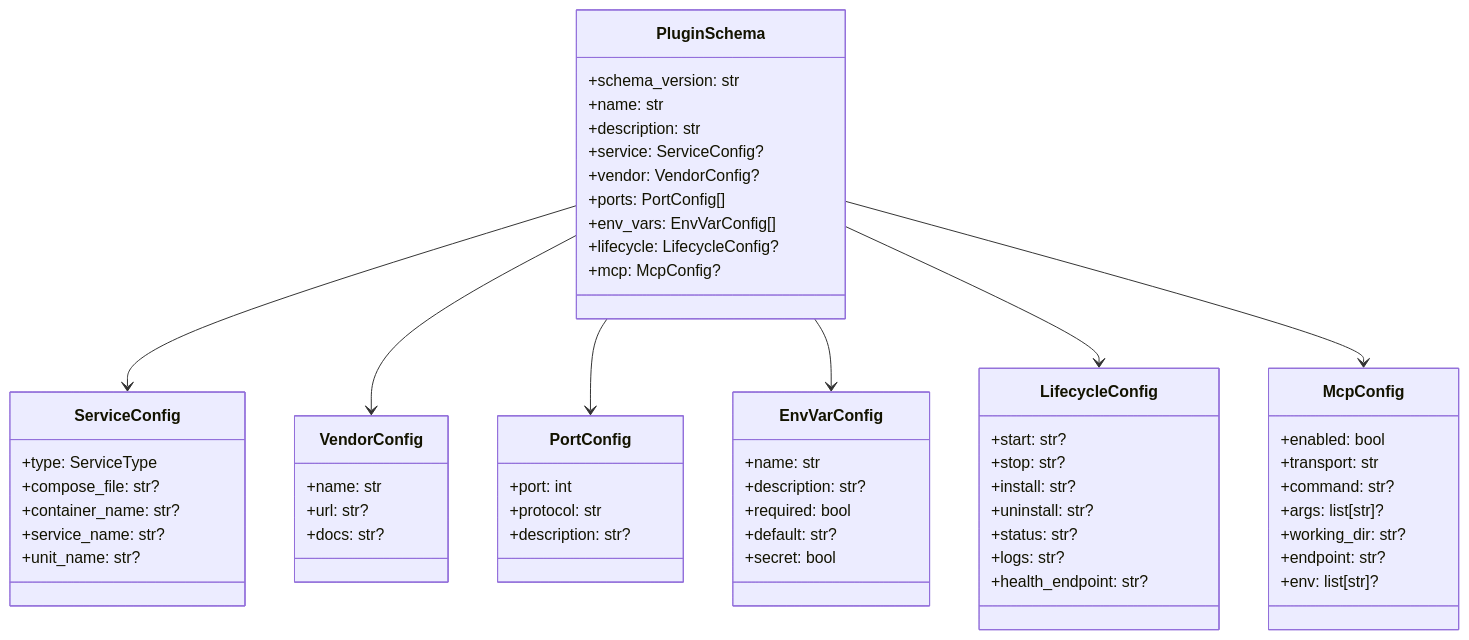
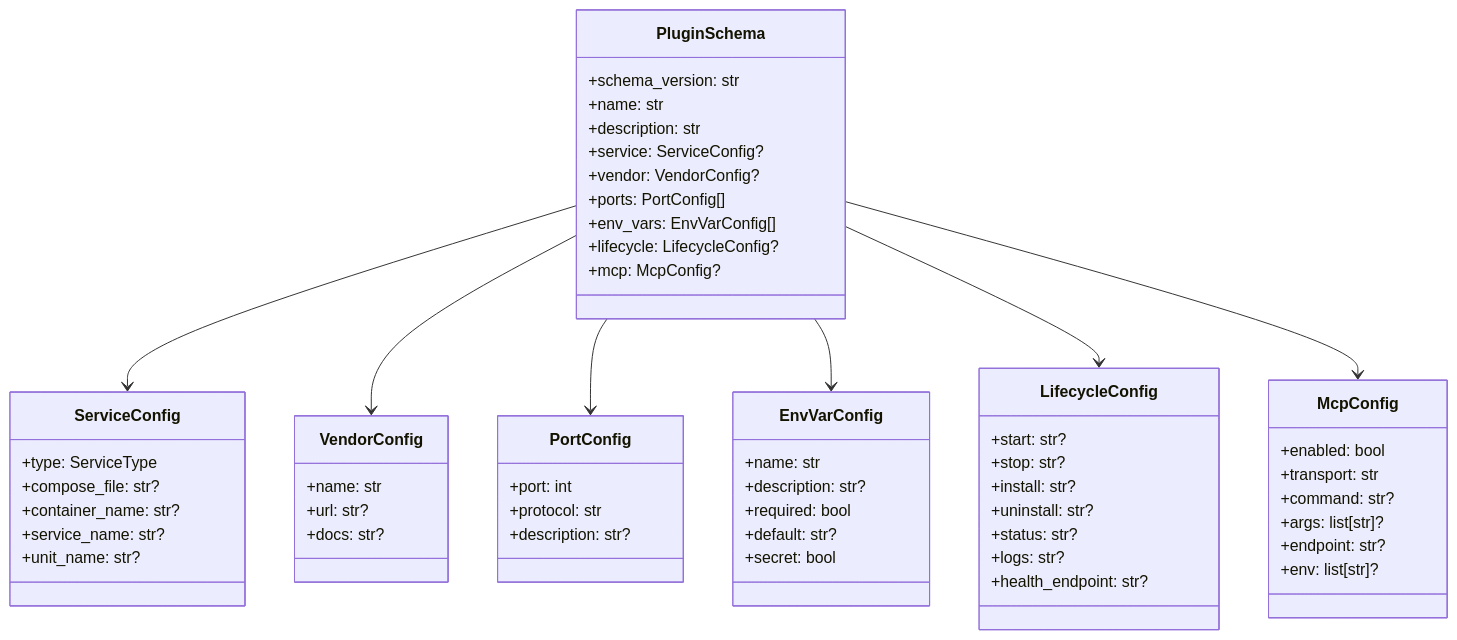
One commit to Svtoo/atk changed the diagram in docs/specs/plugin-schema.md. Above: the diagram before and after it, drawn with Mermaid. The commit also changed other lines of this file and 5 other files, not shown here.

Commit message:
Remove CWD and working_dir from MCP config.

````diff
--- a/docs/specs/plugin-schema.md
+++ b/docs/specs/plugin-schema.md
@@ -45,69 +45,68 @@
 ```mermaid
 classDiagram
     class PluginSchema {
         +schema_version: str
         +name: str
         +description: str
         +service: ServiceConfig?
         +vendor: VendorConfig?
         +ports: PortConfig[]
         +env_vars: EnvVarConfig[]
         +lifecycle: LifecycleConfig?
         +mcp: McpConfig?
     }
     
     class ServiceConfig {
         +type: ServiceType
         +compose_file: str?
         +container_name: str?
         +service_name: str?
         +unit_name: str?
     }
     
     class VendorConfig {
         +name: str
         +url: str?
         +docs: str?
     }
     
     class PortConfig {
         +port: int
         +protocol: str
         +description: str?
     }
     
     class EnvVarConfig {
         +name: str
         +description: str?
         +required: bool
         +default: str?
         +secret: bool
     }
     
     class LifecycleConfig {
         +start: str?
         +stop: str?
         +install: str?
         +uninstall: str?
         +status: str?
         +logs: str?
         +health_endpoint: str?
     }
     
     class McpConfig {
         +enabled: bool
         +transport: str
         +command: str?
         +args: list[str]?
-        +working_dir: str?
         +endpoint: str?
         +env: list[str]?
     }
     
     PluginSchema --> ServiceConfig
     PluginSchema --> VendorConfig
     PluginSchema --> PortConfig
     PluginSchema --> EnvVarConfig
     PluginSchema --> LifecycleConfig
     PluginSchema --> McpConfig
 ```
````
